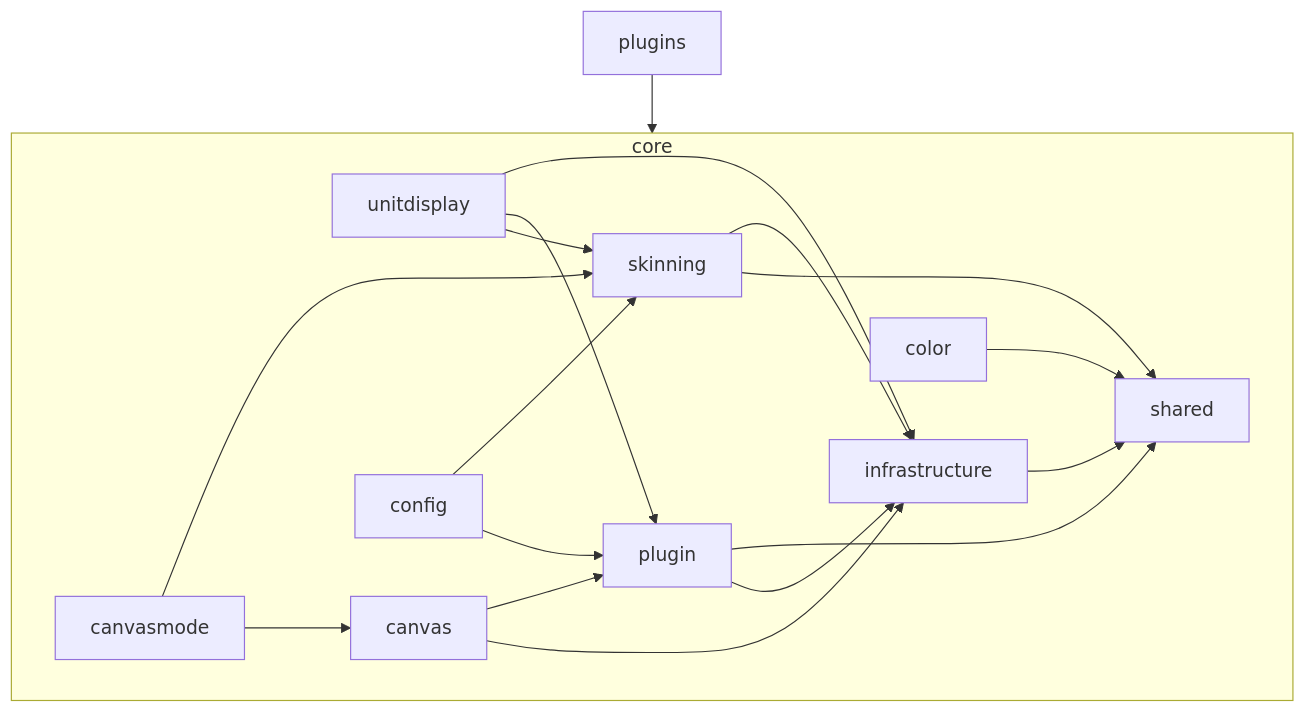
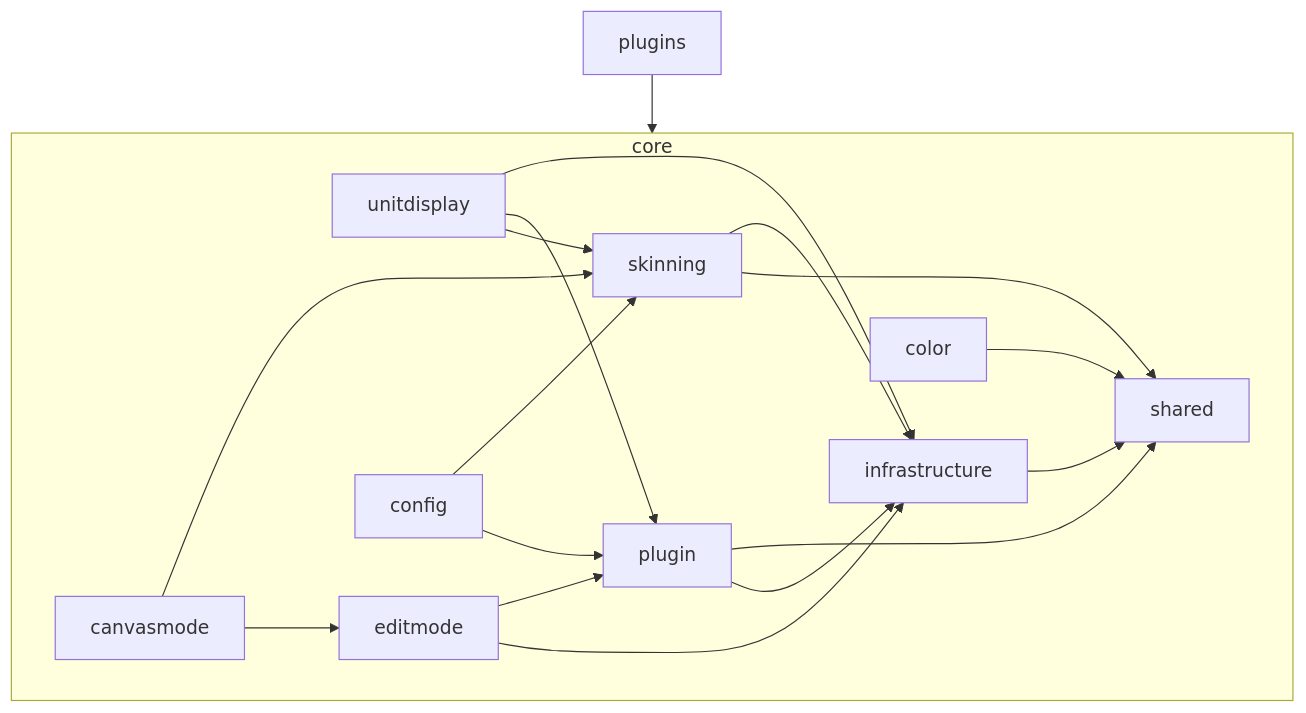
Before and after one commit to MoONSHO7/Orbit: the diagram in Orbit/Core/readme.md, drawn with Mermaid. The commit also changed 20 other files, not shown here.

````diff
--- a/Orbit/Core/readme.md
+++ b/Orbit/Core/readme.md
@@ -30,21 +30,21 @@
 ```mermaid
 graph TD
     subgraph core
         infrastructure --> shared
         plugin --> infrastructure
         plugin --> shared
         color --> shared
         skinning --> shared
         skinning --> infrastructure
         unitdisplay --> skinning
         unitdisplay --> plugin
         unitdisplay --> infrastructure
-        canvas --> infrastructure
-        canvas --> plugin
-        canvasmode --> canvas
+        editmode --> infrastructure
+        editmode --> plugin
+        canvasmode --> editmode
         canvasmode --> skinning
         config --> plugin
         config --> skinning
     end
     plugins --> core
 ```
````
